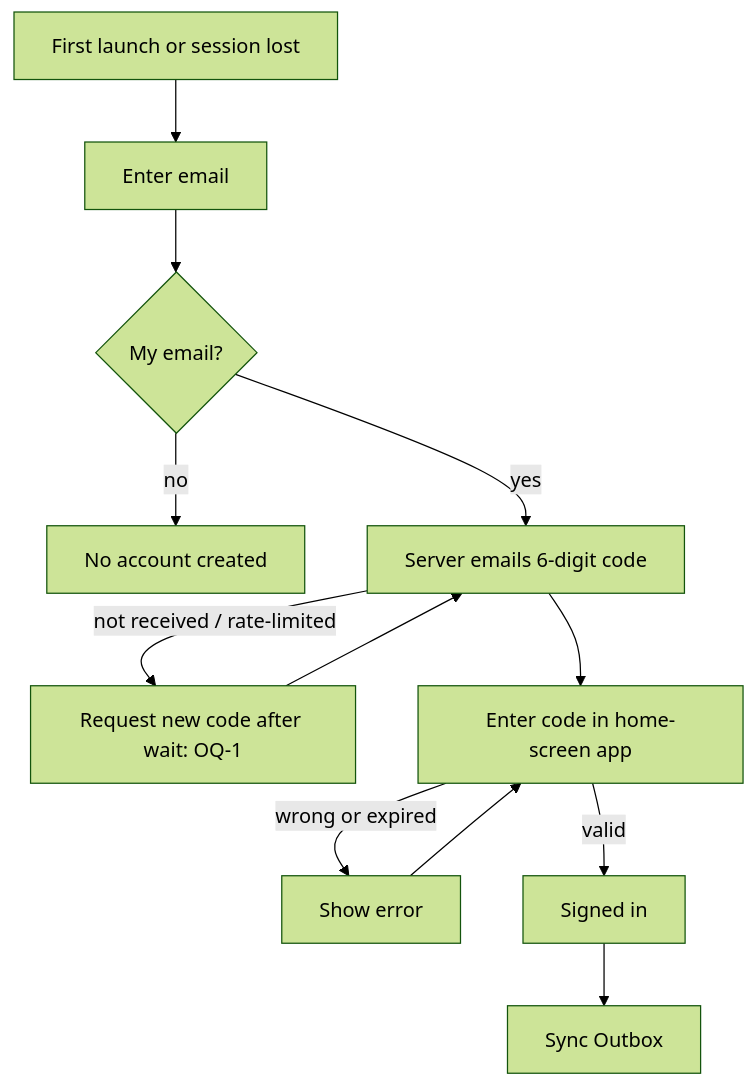
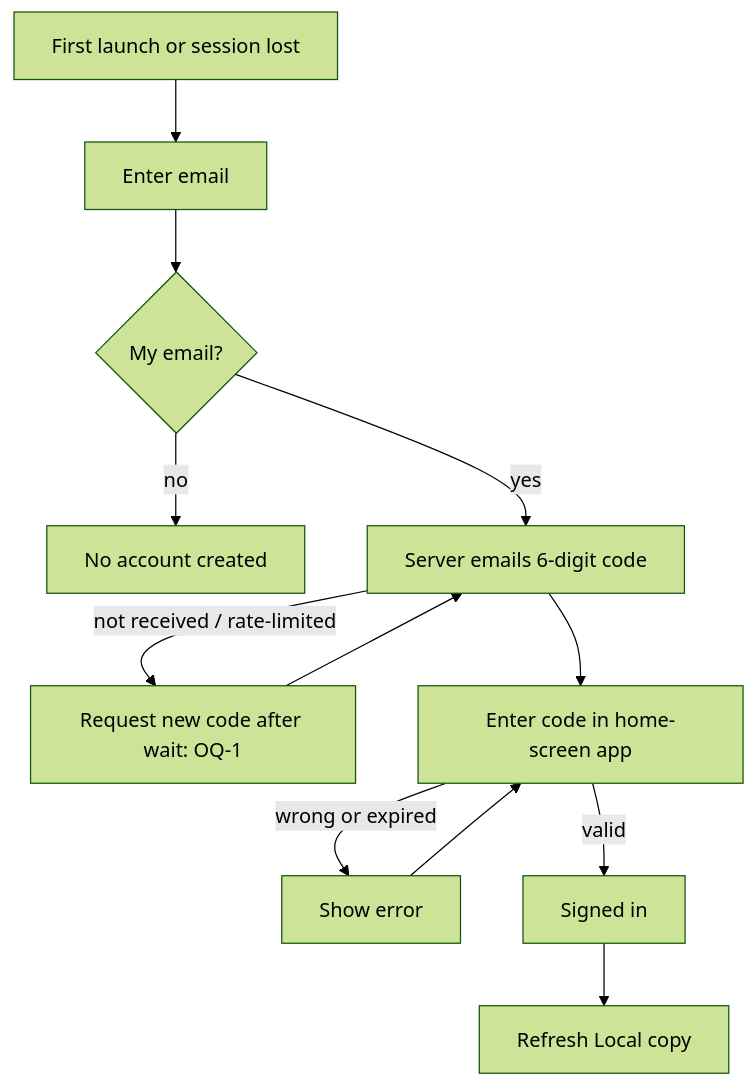
The sixth of 6 diagrams in docs/design/2026-11-06-mvp/02-requirements.md (bachtly/daily-kaizen), drawn with Mermaid (forest theme) before and after one commit. The commit also changed other lines of this file and 6 other files, not shown here.

````diff
--- a/docs/design/2026-11-06-mvp/02-requirements.md
+++ b/docs/design/2026-11-06-mvp/02-requirements.md
@@ -200,11 +186,11 @@
 ```mermaid
 flowchart TD
   I[First launch or session lost] --> EM[Enter email]
   EM --> MINE{My email?}
   MINE -- no --> REF[No account created]
   MINE -- yes --> CODE[Server emails 6-digit code]
   CODE -- not received / rate-limited --> RS[Request new code after wait: OQ-1] --> CODE
   CODE --> ENT[Enter code in home-screen app]
   ENT -- wrong or expired --> ERR[Show error] --> ENT
-  ENT -- valid --> IN[Signed in] --> SY[Sync Outbox]
+  ENT -- valid --> IN[Signed in] --> SY[Refresh Local copy]
 ```
````
